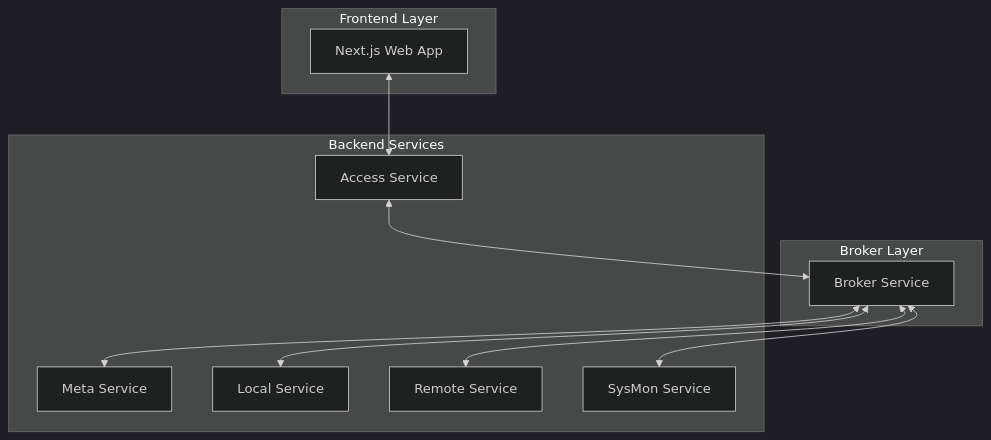
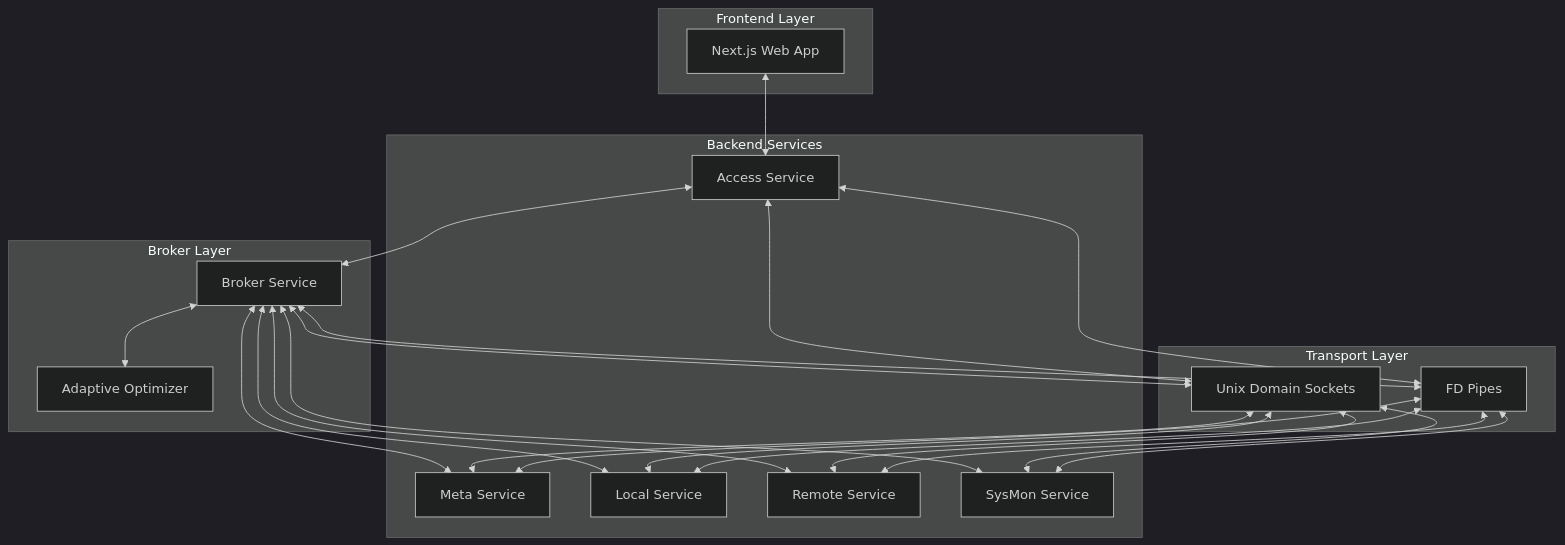
The first of 3 diagrams in README.md (cyw0ng95/v2e), drawn with Mermaid (dark theme) before and after one commit. The commit also changed other lines of this file, not shown here.

````diff
--- a/README.md
+++ b/README.md
@@ -20,25 +23,44 @@
 ```mermaid
 graph TB
     subgraph "Frontend Layer"
         A[Next.js Web App]
     end
     
     subgraph "Broker Layer"
         B[Broker Service]
+        Opt[Adaptive Optimizer]
     end
     
     subgraph "Backend Services"
         C[Access Service]
         D[Meta Service]
         E[Local Service]
         F[Remote Service]
         G[SysMon Service]
     end
     
+    subgraph "Transport Layer"
+        UDS[Unix Domain Sockets]
+        FDP[FD Pipes]
+    end
+    
     A <--> C
     C <--> B
     B <--> D
     B <--> E
     B <--> F
     B <--> G
+    B <--> Opt
+    B <--> UDS
+    B <--> FDP
+    UDS <--> C
+    UDS <--> D
+    UDS <--> E
+    UDS <--> F
+    UDS <--> G
+    FDP <--> C
+    FDP <--> D
+    FDP <--> E
+    FDP <--> F
+    FDP <--> G
 ```
````
